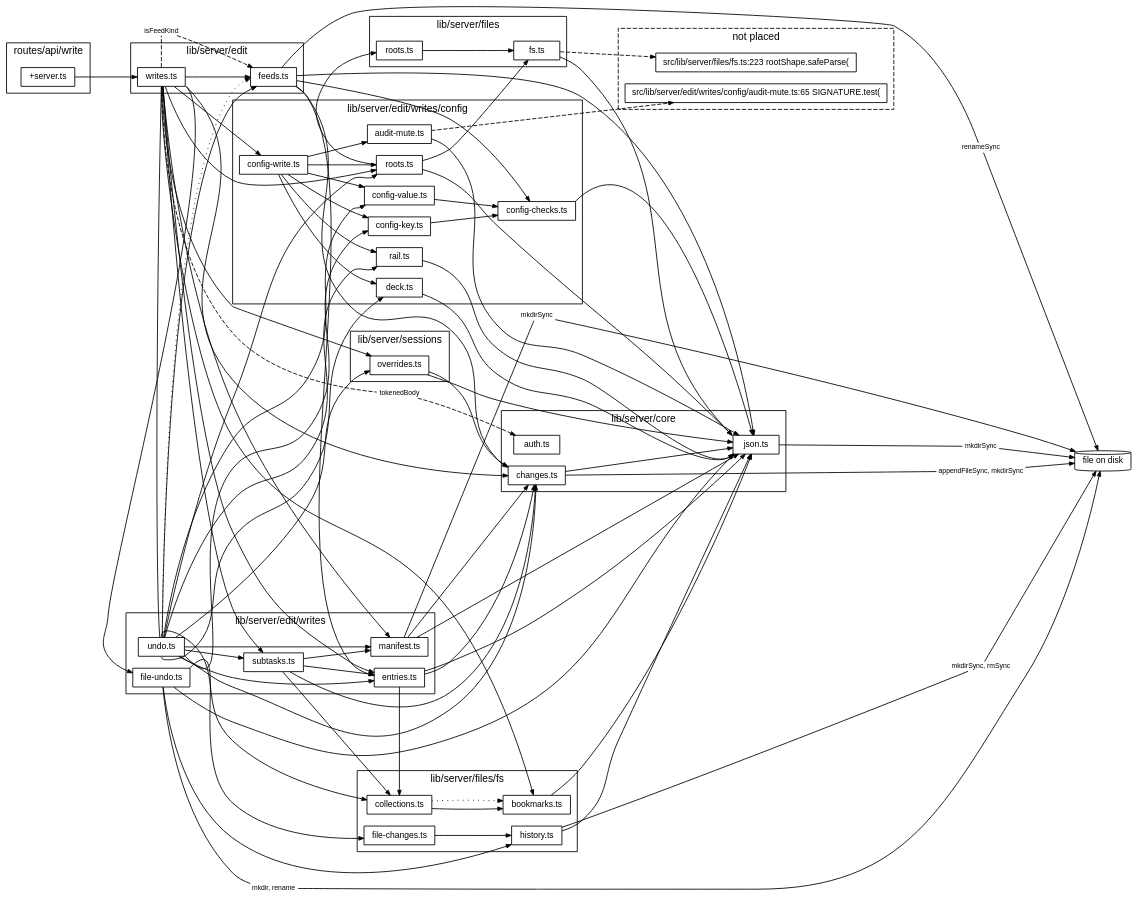
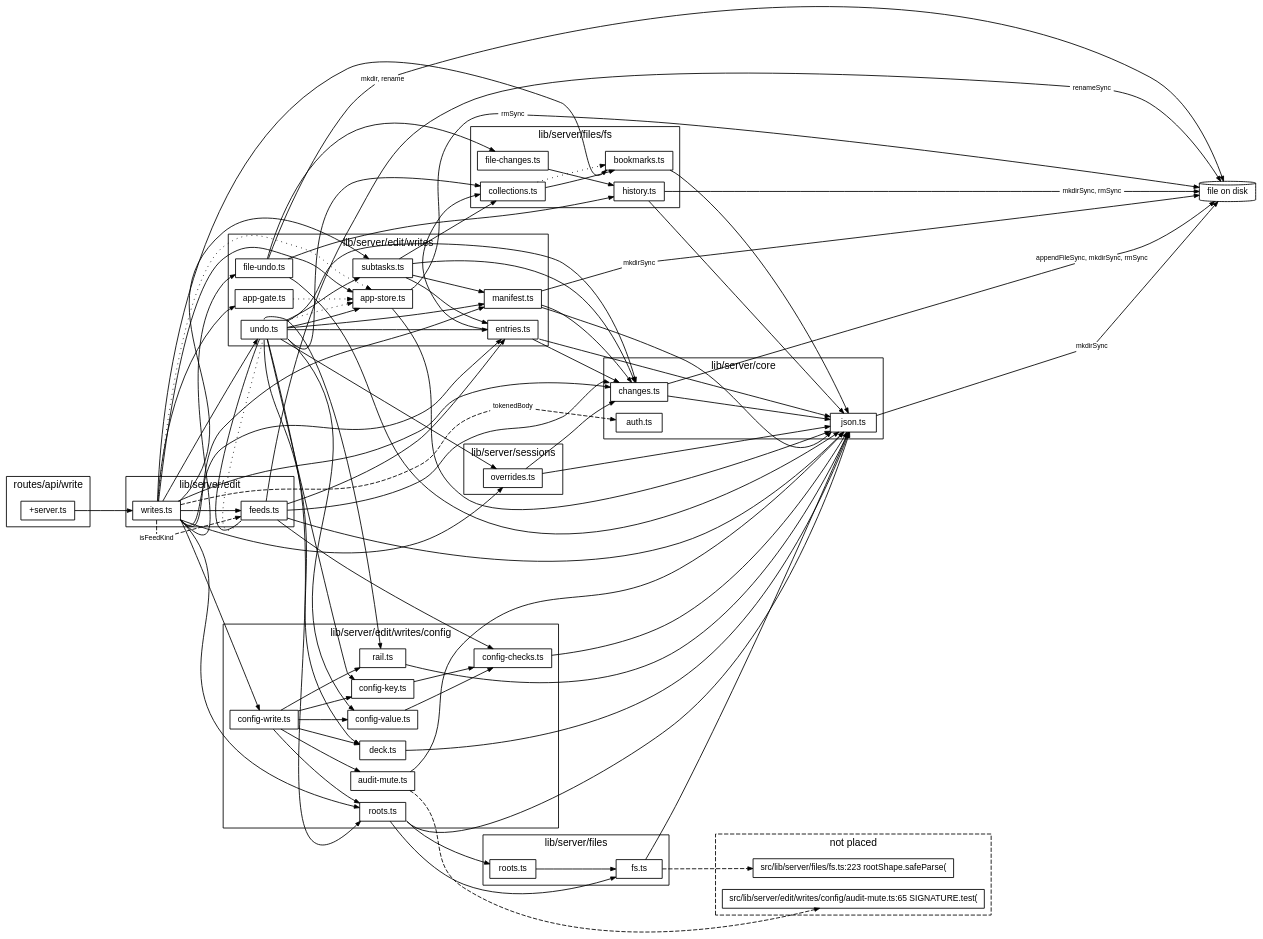
One commit to TheAxeC/oculus changed the diagram in docs/diagrams/writes.dot. Above: the diagram before and after it, drawn with Graphviz. The commit also changed 151 other files, not shown here.

```diff
--- a/docs/diagrams/writes.dot
+++ b/docs/diagrams/writes.dot
@@ -15,6 +15,8 @@
     }
     subgraph "cluster_lib/server/edit/writes" {
         label="lib/server/edit/writes"; style=solid;
+        "lib/server/edit/writes/app-gate.ts" [label="app-gate.ts"];
+        "lib/server/edit/writes/app-store.ts" [label="app-store.ts"];
         "lib/server/edit/writes/entries.ts" [label="entries.ts"];
         "lib/server/edit/writes/file-undo.ts" [label="file-undo.ts"];
         "lib/server/edit/writes/manifest.ts" [label="manifest.ts"];
@@ -58,7 +60,7 @@
         "? src/lib/server/files/fs.ts:223" [label="src/lib/server/files/fs.ts:223 rootShape.safeParse("];
     }
     "file on disk" [shape=cylinder];
-    "lib/server/core/changes.ts to file on disk (calls)" [label="appendFileSync, mkdirSync", shape=box, color="transparent", fontsize=8, width=0, height=0, margin="0.04,0.02"];
+    "lib/server/core/changes.ts to file on disk (calls)" [label="appendFileSync, mkdirSync, rmSync", shape=box, color="transparent", fontsize=8, width=0, height=0, margin="0.04,0.02"];
     "lib/server/core/changes.ts" -> "lib/server/core/changes.ts to file on disk (calls)" [arrowhead=none];
     "lib/server/core/changes.ts to file on disk (calls)" -> "file on disk" [];
     "lib/server/core/changes.ts" -> "lib/server/core/json.ts" [tooltip="chained, writeTextAtomic"];
@@ -68,14 +70,14 @@
     "lib/server/edit/feeds.ts to file on disk (calls)" [label="renameSync", shape=box, color="transparent", fontsize=8, width=0, height=0, margin="0.04,0.02"];
     "lib/server/edit/feeds.ts" -> "lib/server/edit/feeds.ts to file on disk (calls)" [arrowhead=none];
     "lib/server/edit/feeds.ts to file on disk (calls)" -> "file on disk" [];
-    "lib/server/edit/feeds.ts" -> "lib/server/core/changes.ts" [tooltip="plain"];
+    "lib/server/edit/feeds.ts" -> "lib/server/core/changes.ts" [headport=nw, tooltip="plain"];
     "lib/server/edit/feeds.ts" -> "lib/server/core/json.ts" [tooltip="writeTextAtomic"];
     "lib/server/edit/feeds.ts" -> "lib/server/edit/writes/config/config-checks.ts" [tooltip="replacedText"];
     "lib/server/edit/feeds.ts" -> "lib/server/edit/writes/entries.ts" [tooltip="saved"];
     "lib/server/edit/writes.ts to lib/server/core/auth.ts (refuses)" [label="tokenedBody", shape=box, color="transparent", fontsize=8, width=0, height=0, margin="0.04,0.02"];
     "lib/server/edit/writes.ts" -> "lib/server/edit/writes.ts to lib/server/core/auth.ts (refuses)" [arrowhead=none, style=dashed];
     "lib/server/edit/writes.ts to lib/server/core/auth.ts (refuses)" -> "lib/server/core/auth.ts" [style=dashed];
-    "lib/server/edit/writes.ts" -> "lib/server/core/changes.ts" [tailport=se, tooltip="changeAt, defaultChangesPath, logChanges
+    "lib/server/edit/writes.ts" -> "lib/server/core/changes.ts" [tooltip="changeAt, defaultChangesPath, logChanges
 pathOf"];
     "lib/server/edit/writes.ts" -> "lib/server/edit/feeds.ts" [tooltip="addLead, addLinkedinIdea, addRadarEntry
 deleteFeedEntry, markLinkedinPosted, radarBucketKeys
@@ -83,20 +85,28 @@
     "lib/server/edit/writes.ts to lib/server/edit/feeds.ts (refuses)" [label="isFeedKind", shape=box, color="transparent", fontsize=8, width=0, height=0, margin="0.04,0.02"];
     "lib/server/edit/writes.ts" -> "lib/server/edit/writes.ts to lib/server/edit/feeds.ts (refuses)" [arrowhead=none, style=dashed];
     "lib/server/edit/writes.ts to lib/server/edit/feeds.ts (refuses)" -> "lib/server/edit/feeds.ts" [style=dashed];
-    "lib/server/edit/writes.ts" -> "lib/server/edit/writes/config/config-write.ts" [tooltip="configWrite"];
-    "lib/server/edit/writes.ts" -> "lib/server/edit/writes/config/roots.ts" [tooltip="rootsHeldIn"];
-    "lib/server/edit/writes.ts" -> "lib/server/edit/writes/entries.ts" [tooltip="createEntry, removeEntry, reorderCollection
+    "lib/server/edit/writes.ts" -> "lib/server/edit/writes/app-gate.ts" [tooltip="gateWrite, storeWrite"];
+    "lib/server/edit/writes.ts" -> "lib/server/edit/writes/app-store.ts" [tooltip="writeAppStore"];
+    "lib/server/edit/writes.ts" -> "lib/server/edit/writes/app-store.ts" [tooltip="APP_STORE", style=dotted];
+    "lib/server/edit/writes.ts" -> "lib/server/edit/writes/config/config-write.ts" [tailport=se, tooltip="configWrite"];
+    "lib/server/edit/writes.ts" -> "lib/server/edit/writes/config/roots.ts" [tailport=se, tooltip="rootsHeldIn"];
+    "lib/server/edit/writes.ts" -> "lib/server/edit/writes/entries.ts" [tailport=se, tooltip="createEntry, removeEntry, reorderCollection
 writeEntry"];
     "lib/server/edit/writes.ts" -> "lib/server/edit/writes/file-undo.ts" [tailport=se, tooltip="filesTargetOf, undoFiles"];
-    "lib/server/edit/writes.ts" -> "lib/server/edit/writes/manifest.ts" [tooltip="createIdea, writeManifest"];
-    "lib/server/edit/writes.ts" -> "lib/server/edit/writes/subtasks.ts" [tooltip="careerRules, writeHost, writeSubtask
+    "lib/server/edit/writes.ts" -> "lib/server/edit/writes/manifest.ts" [tailport=se, tooltip="createIdea, writeManifest"];
+    "lib/server/edit/writes.ts" -> "lib/server/edit/writes/subtasks.ts" [tailport=ne, tooltip="careerRules, writeHost, writeSubtask
 writeSubtaskAdd"];
-    "lib/server/edit/writes.ts" -> "lib/server/edit/writes/undo.ts" [tailport=s, tooltip="undoChange"];
-    "lib/server/edit/writes.ts" -> "lib/server/files/fs/bookmarks.ts" [tailport=s, tooltip="defaultBookmarksPath"];
+    "lib/server/edit/writes.ts" -> "lib/server/edit/writes/undo.ts" [tooltip="undoChange"];
+    "lib/server/edit/writes.ts" -> "lib/server/files/fs/bookmarks.ts" [headport=sw, tooltip="defaultBookmarksPath"];
     "lib/server/edit/writes.ts" -> "lib/server/sessions/overrides.ts" [tooltip="setFlag, setOverride"];
+    "lib/server/edit/writes/app-gate.ts" -> "lib/server/edit/writes/app-store.ts" [tooltip="APP_STORE", style=dotted];
+    "lib/server/edit/writes/app-store.ts to file on disk (calls)" [label="rmSync", shape=box, color="transparent", fontsize=8, width=0, height=0, margin="0.04,0.02"];
+    "lib/server/edit/writes/app-store.ts" -> "lib/server/edit/writes/app-store.ts to file on disk (calls)" [arrowhead=none];
+    "lib/server/edit/writes/app-store.ts to file on disk (calls)" -> "file on disk" [];
+    "lib/server/edit/writes/app-store.ts" -> "lib/server/core/json.ts" [tooltip="writeTextAtomic"];
     "lib/server/edit/writes/config/audit-mute.ts" -> "? src/lib/server/edit/writes/config/audit-mute.ts:65" [style=dashed];
     "lib/server/edit/writes/config/audit-mute.ts" -> "lib/server/core/json.ts" [tooltip="writeTextAtomic"];
-    "lib/server/edit/writes/config/config-checks.ts" -> "lib/server/core/json.ts" [tailport=ne, tooltip="writeTextAtomic"];
+    "lib/server/edit/writes/config/config-checks.ts" -> "lib/server/core/json.ts" [tooltip="writeTextAtomic"];
     "lib/server/edit/writes/config/config-key.ts" -> "lib/server/edit/writes/config/config-checks.ts" [tooltip="kept, optionNow, optionOf
 refusedBy, refusing, written"];
     "lib/server/edit/writes/config/config-value.ts" -> "lib/server/edit/writes/config/config-checks.ts" [tooltip="kept, optionNow, optionOf
@@ -107,20 +117,20 @@
     "lib/server/edit/writes/config/config-write.ts" -> "lib/server/edit/writes/config/deck.ts" [tooltip="writeDeck"];
     "lib/server/edit/writes/config/config-write.ts" -> "lib/server/edit/writes/config/rail.ts" [tooltip="writeRail"];
     "lib/server/edit/writes/config/config-write.ts" -> "lib/server/edit/writes/config/roots.ts" [tooltip="addRootTo, removeRootFrom"];
-    "lib/server/edit/writes/config/deck.ts" -> "lib/server/core/json.ts" [headport=sw, tooltip="writeTextAtomic"];
-    "lib/server/edit/writes/config/rail.ts" -> "lib/server/core/json.ts" [headport=sw, tooltip="writeTextAtomic"];
-    "lib/server/edit/writes/config/roots.ts" -> "lib/server/core/json.ts" [headport=nw, tooltip="writeTextAtomic"];
+    "lib/server/edit/writes/config/deck.ts" -> "lib/server/core/json.ts" [tooltip="writeTextAtomic"];
+    "lib/server/edit/writes/config/rail.ts" -> "lib/server/core/json.ts" [tooltip="writeTextAtomic"];
+    "lib/server/edit/writes/config/roots.ts" -> "lib/server/core/json.ts" [tailport=se, tooltip="writeTextAtomic"];
     "lib/server/edit/writes/config/roots.ts" -> "lib/server/files/fs.ts" [tooltip="defaultWorkspacesPath, folderToAdd, rootKey"];
-    "lib/server/edit/writes/config/roots.ts" -> "lib/server/files/roots.ts" [tooltip="browserRoots"];
+    "lib/server/edit/writes/config/roots.ts" -> "lib/server/files/roots.ts" [tailport=se, tooltip="browserRoots"];
     "lib/server/edit/writes/entries.ts" -> "lib/server/core/changes.ts" [tooltip="plain"];
-    "lib/server/edit/writes/entries.ts" -> "lib/server/core/json.ts" [tooltip="writeTextAtomic"];
+    "lib/server/edit/writes/entries.ts" -> "lib/server/core/json.ts" [tailport=se, tooltip="writeTextAtomic"];
     "lib/server/edit/writes/entries.ts" -> "lib/server/files/fs/collections.ts" [tooltip="entryId, entryOf, identityOf
 identityText, readCollection"];
     "lib/server/edit/writes/file-undo.ts to file on disk (calls)" [label="mkdir, rename", shape=box, color="transparent", fontsize=8, width=0, height=0, margin="0.04,0.02"];
     "lib/server/edit/writes/file-undo.ts" -> "lib/server/edit/writes/file-undo.ts to file on disk (calls)" [arrowhead=none];
     "lib/server/edit/writes/file-undo.ts to file on disk (calls)" -> "file on disk" [];
-    "lib/server/edit/writes/file-undo.ts" -> "lib/server/core/json.ts" [headport=sw, tooltip="chained"];
-    "lib/server/edit/writes/file-undo.ts" -> "lib/server/files/fs/file-changes.ts" [tailport=ne, tooltip="holds, recordOf, stampKept
+    "lib/server/edit/writes/file-undo.ts" -> "lib/server/core/json.ts" [tooltip="chained"];
+    "lib/server/edit/writes/file-undo.ts" -> "lib/server/files/fs/file-changes.ts" [tooltip="holds, recordOf, stampKept
 stampOf"];
     "lib/server/edit/writes/file-undo.ts" -> "lib/server/files/fs/history.ts" [tooltip="defaultHistoryDir, keepCopy, readCopy
 restoreCopy"];
@@ -128,29 +138,31 @@
     "lib/server/edit/writes/manifest.ts" -> "lib/server/edit/writes/manifest.ts to file on disk (calls)" [arrowhead=none];
     "lib/server/edit/writes/manifest.ts to file on disk (calls)" -> "file on disk" [];
     "lib/server/edit/writes/manifest.ts" -> "lib/server/core/changes.ts" [tooltip="plain"];
-    "lib/server/edit/writes/manifest.ts" -> "lib/server/core/json.ts" [tooltip="writeTextAtomic"];
+    "lib/server/edit/writes/manifest.ts" -> "lib/server/core/json.ts" [headport=sw, tooltip="writeTextAtomic"];
     "lib/server/edit/writes/subtasks.ts" -> "lib/server/core/changes.ts" [tooltip="plain"];
     "lib/server/edit/writes/subtasks.ts" -> "lib/server/edit/writes/entries.ts" [tooltip="saved"];
     "lib/server/edit/writes/subtasks.ts" -> "lib/server/edit/writes/manifest.ts" [tooltip="insideHub"];
     "lib/server/edit/writes/subtasks.ts" -> "lib/server/files/fs/collections.ts" [tooltip="identityOf, readCollection"];
-    "lib/server/edit/writes/undo.ts" -> "lib/server/core/changes.ts" [tooltip="same"];
-    "lib/server/edit/writes/undo.ts" -> "lib/server/edit/feeds.ts" [tooltip="deleteFeedEntry, isFeedKind, readFeedFile
+    "lib/server/edit/writes/undo.ts" -> "lib/server/core/changes.ts" [tooltip="keptValues, same"];
+    "lib/server/edit/writes/undo.ts" -> "lib/server/edit/feeds.ts" [headport=sw, tooltip="deleteFeedEntry, isFeedKind, readFeedFile
 removeRadarEntry, restoreFeedEntry, writeFeedField"];
-    "lib/server/edit/writes/undo.ts" -> "lib/server/edit/feeds.ts" [tooltip="FEED_RULES", style=dotted];
-    "lib/server/edit/writes/undo.ts" -> "lib/server/edit/writes/config/config-key.ts" [tailport=se, tooltip="configKeyNow, writeConfigKey"];
-    "lib/server/edit/writes/undo.ts" -> "lib/server/edit/writes/config/config-value.ts" [headport=sw, tooltip="configValueNow, putBackConfigValue, writeConfigValue"];
+    "lib/server/edit/writes/undo.ts" -> "lib/server/edit/feeds.ts" [headport=sw, tooltip="FEED_RULES", style=dotted];
+    "lib/server/edit/writes/undo.ts" -> "lib/server/edit/writes/app-store.ts" [tooltip="storeNow, writeAppStore"];
+    "lib/server/edit/writes/undo.ts" -> "lib/server/edit/writes/app-store.ts" [tooltip="APP_STORE", style=dotted];
+    "lib/server/edit/writes/undo.ts" -> "lib/server/edit/writes/config/config-key.ts" [tooltip="configKeyNow, writeConfigKey"];
+    "lib/server/edit/writes/undo.ts" -> "lib/server/edit/writes/config/config-value.ts" [tailport=se, tooltip="configValueNow, putBackConfigValue, writeConfigValue"];
     "lib/server/edit/writes/undo.ts" -> "lib/server/edit/writes/config/deck.ts" [tailport=s, tooltip="deckNow, writeDeck"];
-    "lib/server/edit/writes/undo.ts" -> "lib/server/edit/writes/config/rail.ts" [headport=sw, tooltip="railNow, writeRail"];
+    "lib/server/edit/writes/undo.ts" -> "lib/server/edit/writes/config/rail.ts" [tailport=n, tooltip="railNow, writeRail"];
     "lib/server/edit/writes/undo.ts" -> "lib/server/edit/writes/config/roots.ts" [headport=sw, tooltip="rootsNow, writeRoots"];
     "lib/server/edit/writes/undo.ts" -> "lib/server/edit/writes/entries.ts" [tooltip="createEntry, idOfIdentity, identityOrder
 removeEntry, reorderCollection, writeEntry"];
     "lib/server/edit/writes/undo.ts" -> "lib/server/edit/writes/manifest.ts" [tooltip="manifestValue, writeManifest"];
     "lib/server/edit/writes/undo.ts" -> "lib/server/edit/writes/subtasks.ts" [tooltip="hostStatus, restoreSubtask, subtaskValue
 writeHost, writeSubtask, writeSubtaskAdd"];
-    "lib/server/edit/writes/undo.ts" -> "lib/server/files/fs/collections.ts" [tailport=n, tooltip="entryOf, readCollection"];
+    "lib/server/edit/writes/undo.ts" -> "lib/server/files/fs/collections.ts" [tailport=se, tooltip="entryOf, readCollection"];
     "lib/server/edit/writes/undo.ts" -> "lib/server/sessions/overrides.ts" [tooltip="overrides, setFlag, setOverride"];
     "lib/server/files/fs.ts" -> "? src/lib/server/files/fs.ts:223" [style=dashed];
-    "lib/server/files/fs.ts" -> "lib/server/core/json.ts" [headport=nw, tooltip="readJson"];
+    "lib/server/files/fs.ts" -> "lib/server/core/json.ts" [tooltip="readJson"];
     "lib/server/files/fs/bookmarks.ts" -> "lib/server/core/json.ts" [tooltip="writeTextAtomic"];
     "lib/server/files/fs/collections.ts" -> "lib/server/files/fs/bookmarks.ts" [tooltip="ensureBookmarksFile"];
     "lib/server/files/fs/collections.ts" -> "lib/server/files/fs/bookmarks.ts" [tooltip="BOOKMARKS", style=dotted];
```
